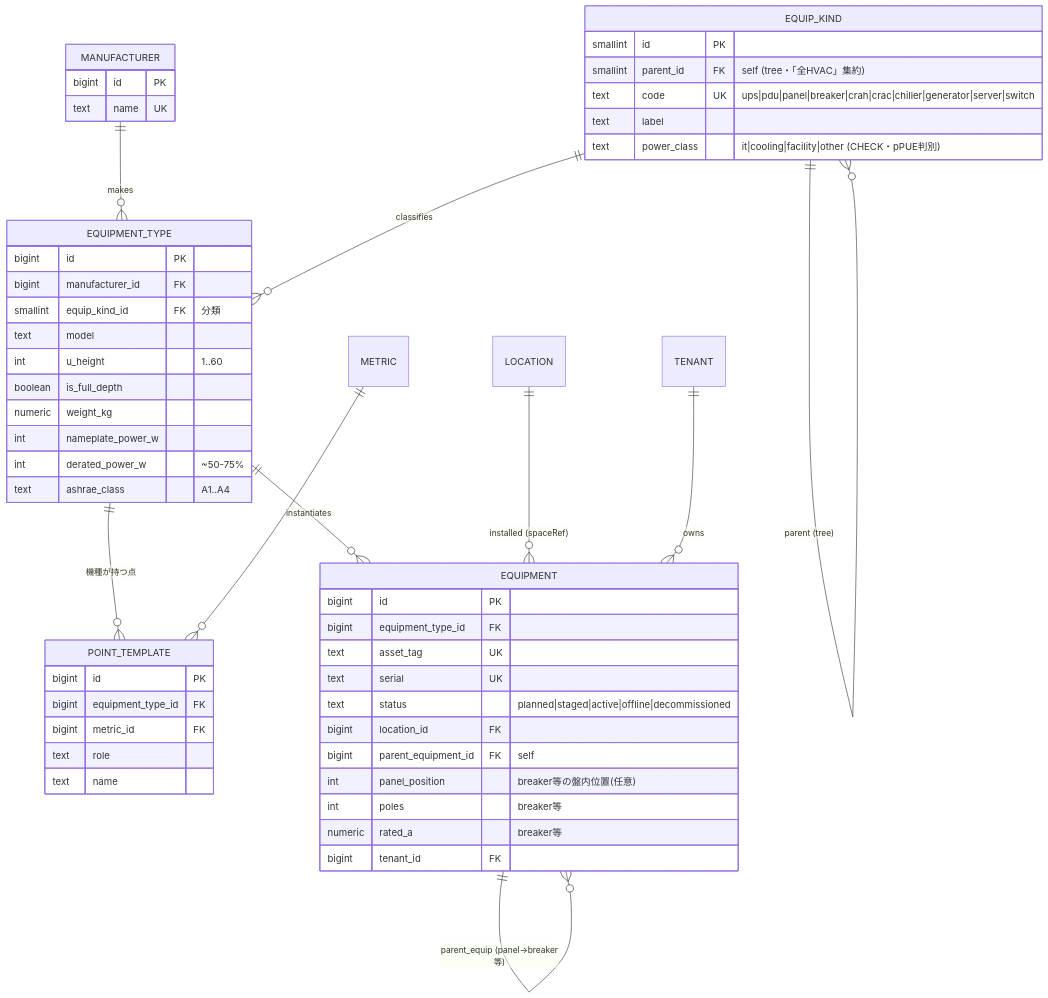
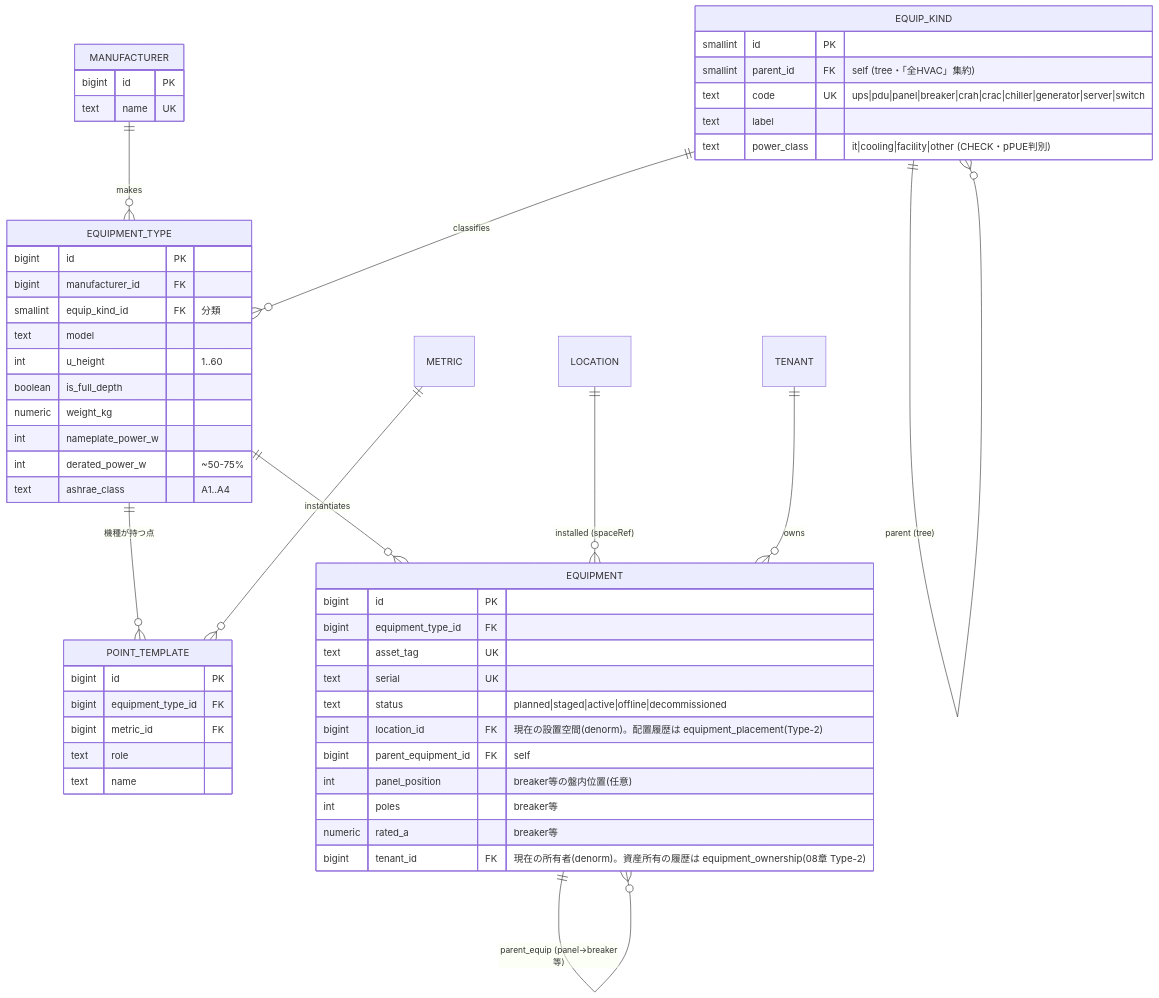
The third of 9 diagrams in 03-finalists.md (hn-11/dcim-schema-design), drawn with Mermaid before and after one commit. The commit also changed other lines of this file and 1 other file, not shown here.

First line of the commit message:
fix(schema): Mermaid俯瞰ER修正 + テナント/所有を「現在denorm＋Type-2履歴」に統一

````diff
--- a/03-finalists.md
+++ b/03-finalists.md
@@ -179,56 +185,56 @@
 ```mermaid
 erDiagram
     EQUIP_KIND ||--o{ EQUIP_KIND : "parent (tree)"
     MANUFACTURER ||--o{ EQUIPMENT_TYPE : makes
     EQUIP_KIND ||--o{ EQUIPMENT_TYPE : classifies
     EQUIPMENT_TYPE ||--o{ POINT_TEMPLATE : "機種が持つ点"
     EQUIPMENT_TYPE ||--o{ EQUIPMENT : instantiates
     METRIC ||--o{ POINT_TEMPLATE : ""
     LOCATION ||--o{ EQUIPMENT : "installed (spaceRef)"
     EQUIPMENT ||--o{ EQUIPMENT : "parent_equip (panel→breaker等)"
     TENANT ||--o{ EQUIPMENT : owns
 
     EQUIP_KIND {
         smallint id PK
         smallint parent_id FK "self (tree・「全HVAC」集約)"
         text code UK "ups|pdu|panel|breaker|crah|crac|chiller|generator|server|switch"
         text label
         text power_class "it|cooling|facility|other (CHECK・pPUE判別)"
     }
     MANUFACTURER {
         bigint id PK
         text name UK
     }
     EQUIPMENT_TYPE {
         bigint id PK
         bigint manufacturer_id FK
         smallint equip_kind_id FK "分類"
         text model
         int u_height "1..60"
         boolean is_full_depth
         numeric weight_kg
         int nameplate_power_w
         int derated_power_w "~50-75%"
         text ashrae_class "A1..A4"
     }
     POINT_TEMPLATE {
         bigint id PK
         bigint equipment_type_id FK
         bigint metric_id FK
         text role
         text name
     }
     EQUIPMENT {
         bigint id PK
         bigint equipment_type_id FK
         text asset_tag UK
         text serial UK
         text status "planned|staged|active|offline|decommissioned"
-        bigint location_id FK
+        bigint location_id FK "現在の設置空間(denorm)。配置履歴は equipment_placement(Type-2)"
         bigint parent_equipment_id FK "self"
         int panel_position "breaker等の盤内位置(任意)"
         int poles "breaker等"
         numeric rated_a "breaker等"
-        bigint tenant_id FK
+        bigint tenant_id FK "現在の所有者(denorm)。資産所有の履歴は equipment_ownership(08章 Type-2)"
     }
 ```
````
